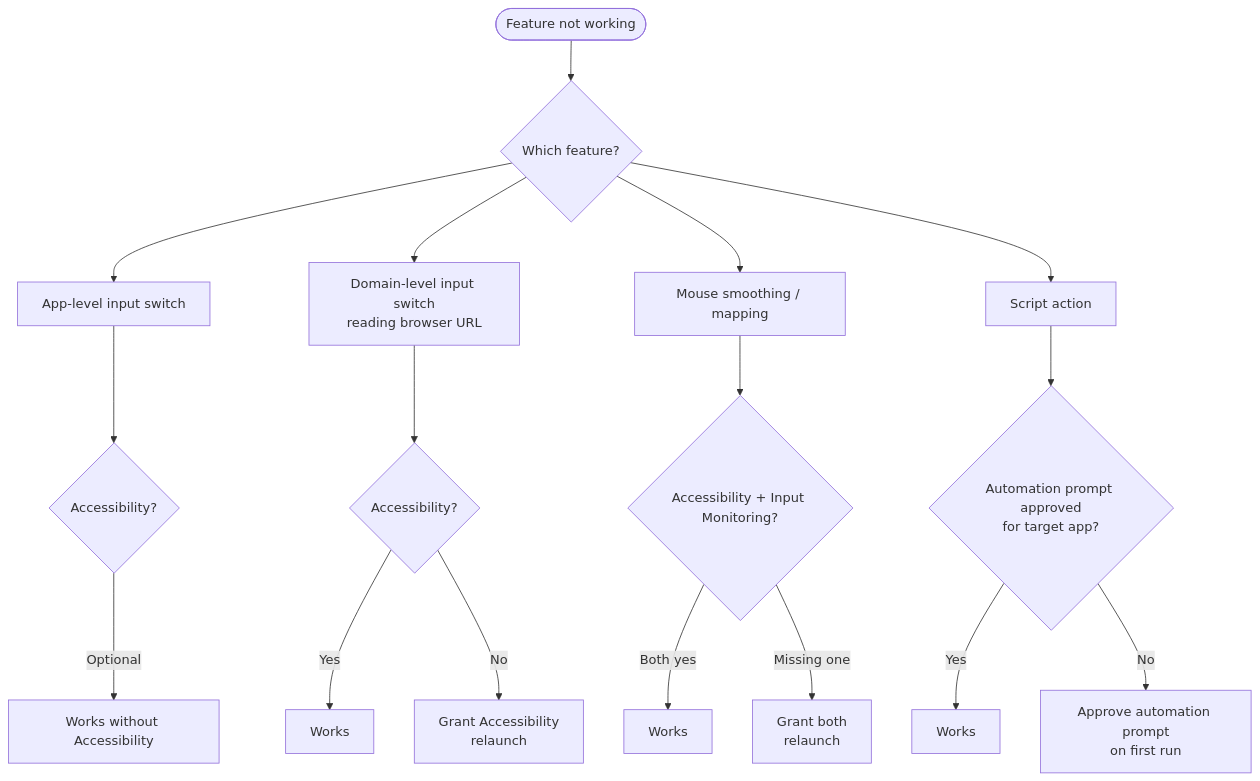
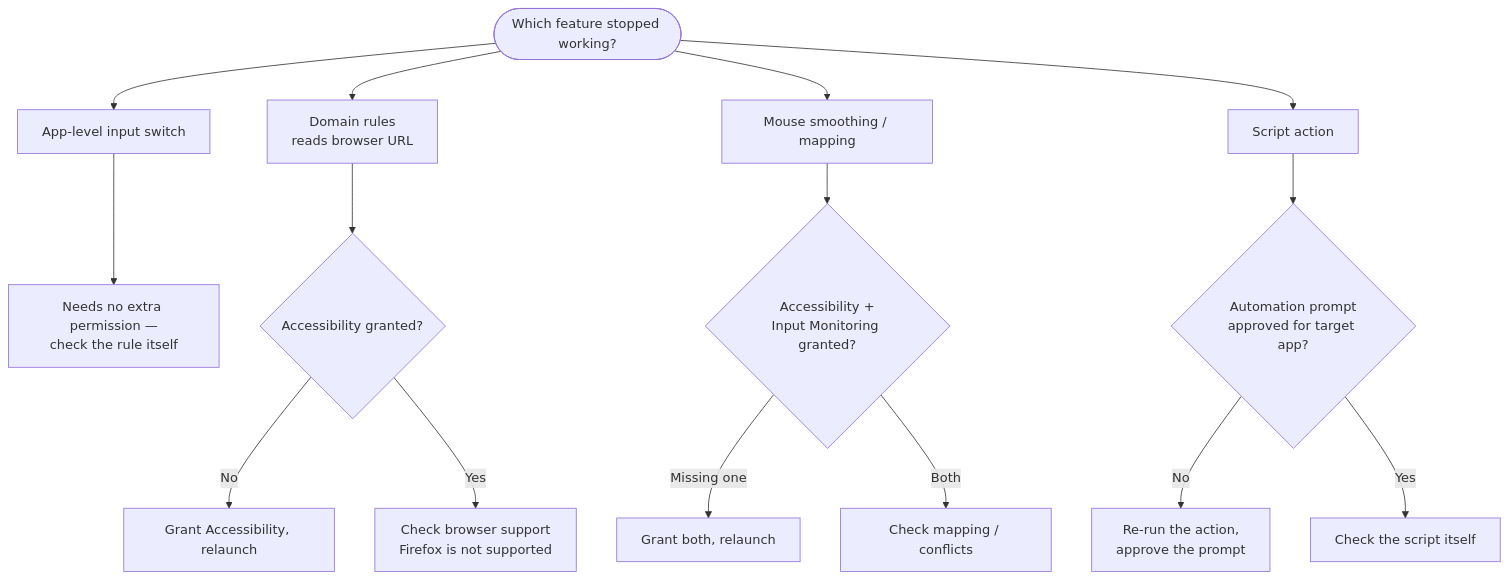
The diagram in docs/troubleshooting/permissions-on-macos.md (xiaopozhu/linguax-web), drawn with Mermaid before and after one commit. The commit also changed other lines of this file and 51 other files, not shown here.

````diff
--- a/docs/troubleshooting/permissions-on-macos.md
+++ b/docs/troubleshooting/permissions-on-macos.md
@@ -33,19 +33,17 @@
 ```mermaid
 flowchart TD
-    S([Feature not working]) --> W{Which feature?}
-    W --> AS[App-level input switch]
-    W --> DS[Domain-level input switch<br/>reading browser URL]
-    W --> MS[Mouse smoothing / mapping]
-    W --> SC[Script action]
-    AS --> N1{Accessibility?}
-    N1 -- Optional --> OK1[Works without Accessibility]
-    DS --> N2{Accessibility?}
-    N2 -- Yes --> OK2[Works]
-    N2 -- No --> R1[Grant Accessibility<br/>relaunch]
-    MS --> N3{Accessibility + Input Monitoring?}
-    N3 -- Both yes --> OK3[Works]
-    N3 -- Missing one --> R2[Grant both<br/>relaunch]
-    SC --> N4{Automation prompt approved<br/>for target app?}
-    N4 -- Yes --> OK4[Works]
-    N4 -- No --> R3[Approve automation prompt<br/>on first run]
+    S([Which feature stopped working?]) --> AS[App-level input switch]
+    S --> DS[Domain rules<br/>reads browser URL]
+    S --> MS[Mouse smoothing / mapping]
+    S --> SC[Script action]
+    AS --> OK1[Needs no extra permission —<br/>check the rule itself]
+    DS --> N2{Accessibility granted?}
+    N2 -- No --> R1[Grant Accessibility, relaunch]
+    N2 -- Yes --> OK2[Check browser support<br/>Firefox is not supported]
+    MS --> N3{Accessibility +<br/>Input Monitoring granted?}
+    N3 -- Missing one --> R2[Grant both, relaunch]
+    N3 -- Both --> OK3[Check mapping / conflicts]
+    SC --> N4{Automation prompt<br/>approved for target app?}
+    N4 -- No --> R3[Re-run the action,<br/>approve the prompt]
+    N4 -- Yes --> OK4[Check the script itself]
 ```
````
